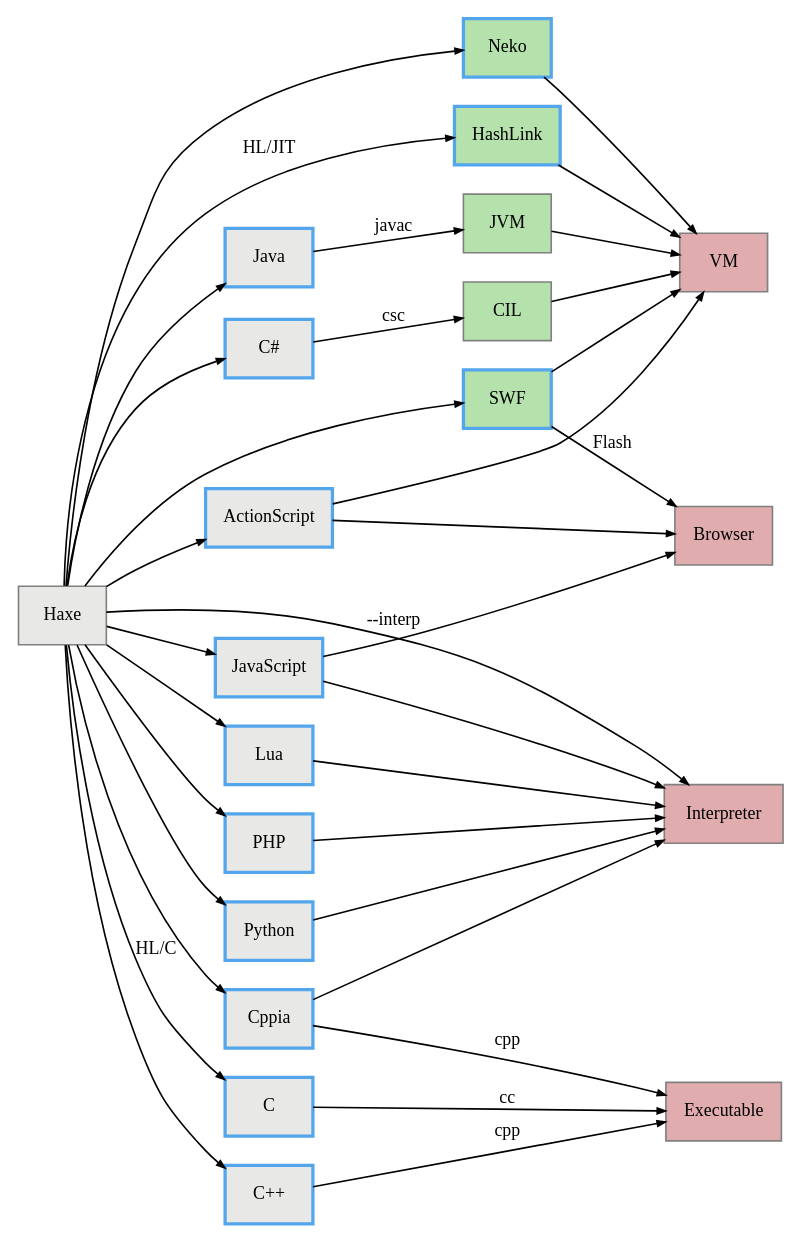
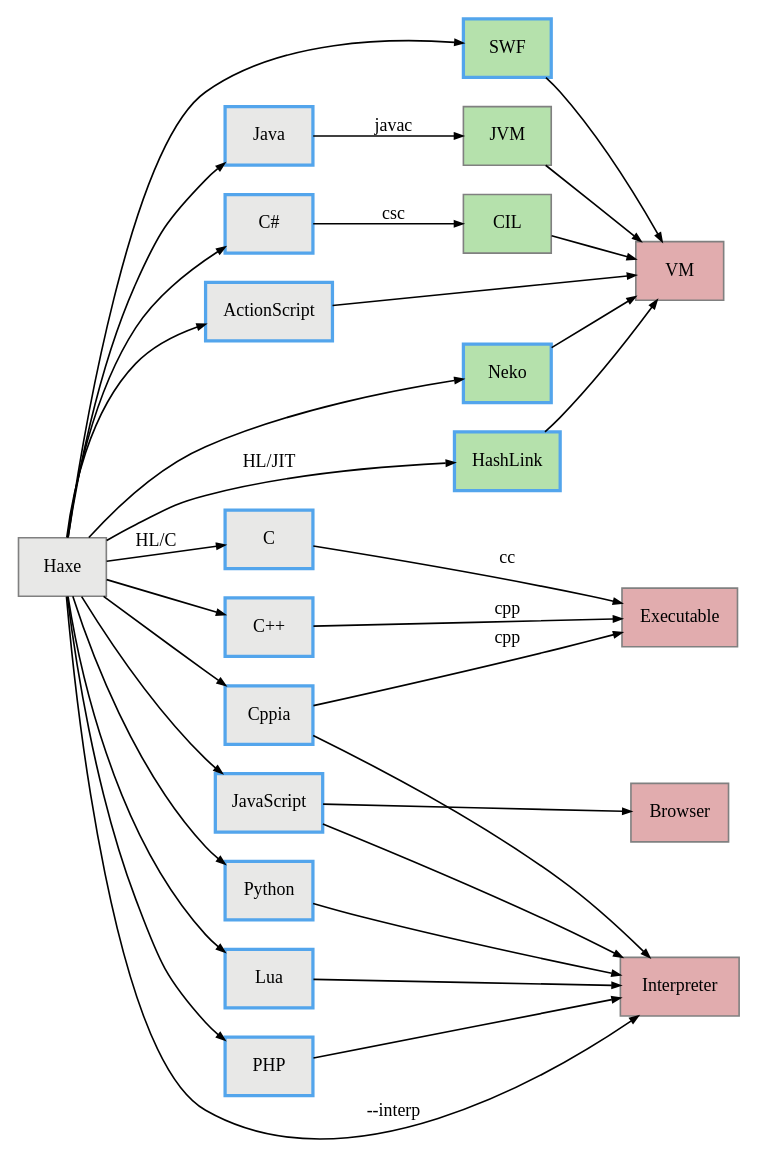
Before and after one commit to HaxeFoundation/haxe.org: the diagram in pages/documentation/introduction/haxe-targets.gv, drawn with Graphviz. The commit also changed 1 other file, not shown here.

Commit message:
Removed ActionScript -> Browser, and SWF -> Browser.

```diff
--- a/pages/documentation/introduction/haxe-targets.gv
+++ b/pages/documentation/introduction/haxe-targets.gv
@@ -1,76 +1,74 @@
 digraph G {
     graph     [fontname = "clearsans"; rankdir="LR"];
     node      [shape=box; style=filled; fillcolor="#E8E8E7";
                color=gray; fontsize=11; fontname = "clearsans"];
     edge      [arrowsize=0.5; fontsize=11; fontname = "clearsans"];
 
     // ByteCode
     Neko     [fillcolor="#B5E1AC"];
     HashLink [fillcolor="#B5E1AC"];
     SWF      [fillcolor="#B5E1AC"];
     JVM      [fillcolor="#B5E1AC"];
     CIL      [fillcolor="#B5E1AC"];
 
     // Haxe Generates these
     ActionScript    [color="#53A5EC"; penwidth=2];
     C               [color="#53A5EC"; penwidth=2];
     "C++"           [color="#53A5EC"; penwidth=2];
     "C#"            [color="#53A5EC"; penwidth=2];
     Cppia           [color="#53A5EC"; penwidth=2];
     JavaScript      [color="#53A5EC"; penwidth=2];
     HashLink        [color="#53A5EC"; penwidth=2];
     Java            [color="#53A5EC"; penwidth=2];
     Lua             [color="#53A5EC"; penwidth=2];
     Neko            [color="#53A5EC"; penwidth=2];
     PHP             [color="#53A5EC"; penwidth=2];
     Python          [color="#53A5EC"; penwidth=2];
     SWF             [color="#53A5EC"; penwidth=2];
 
-    //
+    // Execution Environments
     VM          [fillcolor="#E1ACAE"];
     Executable  [fillcolor="#E1ACAE"];
     Browser     [fillcolor="#E1ACAE"];
     Interpreter [fillcolor="#E1ACAE"];
 
     {rank=same; Haxe;}
     {rank=same; ActionScript; C; "C++"; Cppia; "C#"; JavaScript;
                 Java; Lua; PHP; Python;}
     {rank=same; Neko; HashLink; SWF; JVM; CIL;}
     {rank=same; Browser; Executable; Interpreter; VM;}
 
     Haxe -> ActionScript;
     Haxe -> C [label="HL/C"];
     Haxe -> "C++";
     Haxe -> Cppia;
     Haxe -> "C#";
     Haxe -> JavaScript;
     Haxe -> HashLink [label="HL/JIT"];
     Haxe -> Java;
     Haxe -> Lua;
     Haxe -> Neko;
     Haxe -> PHP;
     Haxe -> Python;
     Haxe -> SWF;
     Haxe -> Interpreter [label="--interp"];
 
     C -> Executable [label="cc"];
     PHP -> Interpreter;
     JavaScript -> Interpreter;
     JavaScript -> Browser;
     Java -> JVM [label="javac"]
     JVM -> VM;
     Neko -> VM;
     ActionScript -> VM;
-    ActionScript -> Browser;
     SWF -> VM;
-    SWF -> Browser [label="Flash"];
 
     Lua -> Interpreter;
     "C++" -> Executable [label="cpp"];
     Cppia -> Executable [label="cpp"];
     Cppia -> Interpreter;
     "C#" -> CIL [label="csc"];
     CIL -> VM;
     Python -> Interpreter;
     HashLink -> VM;
 }
```
